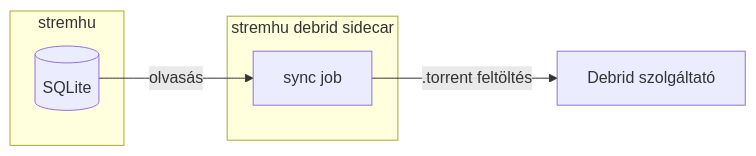
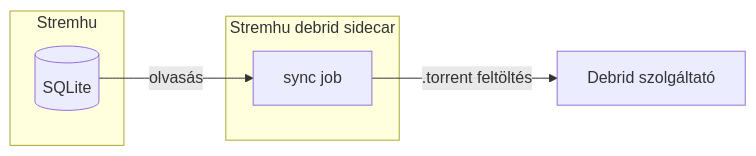
The first of 2 diagrams in README.md (peterdeme/stremhu-debrid-sidecar), drawn with Mermaid before and after one commit. The commit also changed other lines of this file and 13 other files, not shown here.

````diff
--- a/README.md
+++ b/README.md
@@ -15,15 +27,15 @@
 ```mermaid
 flowchart LR
-    subgraph stremhu
+    subgraph Stremhu
         db[("SQLite")]
     end
 
-    subgraph sidecar["stremhu debrid sidecar"]
+    subgraph sidecar["Stremhu debrid sidecar"]
         job["sync job"]
     end
 
     debrid["Debrid szolgáltató"]
 
     db -- "olvasás" --> job
     job -- ".torrent feltöltés" --> debrid
 ```
````
